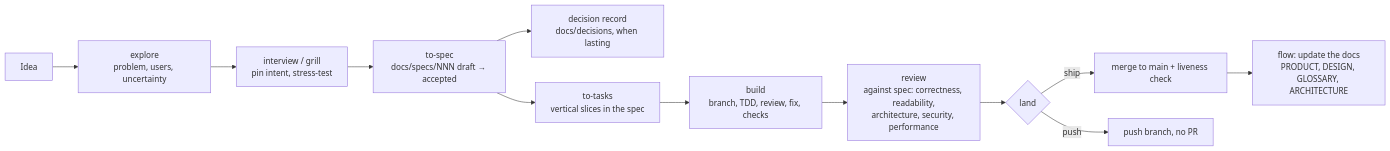
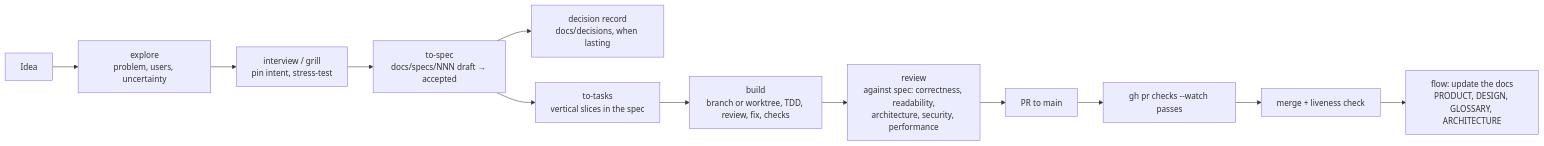
Before and after one commit to gaboesquivel/flow-signal: the first of 5 diagrams in docs/harness/dev-loop.md, drawn with Mermaid. The commit also changed other lines of this file and 7 other files, not shown here.

First line of the commit message:
docs(harness): refresh diagrams for specs 006, 007, and 010 (#12)

````diff
--- a/docs/harness/dev-loop.md
+++ b/docs/harness/dev-loop.md
@@ -7,14 +7,14 @@
 ```mermaid
 flowchart LR
   I[Idea] --> EX[explore<br/>problem, users, uncertainty]
   EX --> IN[interview / grill<br/>pin intent, stress-test]
   IN --> SP[to-spec<br/>docs/specs/NNN draft → accepted]
   SP --> DEC[decision record<br/>docs/decisions, when lasting]
   SP --> TK[to-tasks<br/>vertical slices in the spec]
-  TK --> BU[build<br/>branch, TDD, review, fix, checks]
+  TK --> BU[build<br/>branch or worktree, TDD, review, fix, checks]
   BU --> RV[review<br/>against spec: correctness, readability,<br/>architecture, security, performance]
-  RV --> SH{land}
-  SH -->|ship| MAIN[merge to main + liveness check]
-  SH -->|push| BR[push branch, no PR]
-  MAIN --> FL[flow: update the docs<br/>PRODUCT, DESIGN, GLOSSARY, ARCHITECTURE]
+  RV --> PR[PR to main]
+  PR --> CK[gh pr checks --watch passes]
+  CK --> MG[merge + liveness check]
+  MG --> FL[flow: update the docs<br/>PRODUCT, DESIGN, GLOSSARY, ARCHITECTURE]
 ```
````
